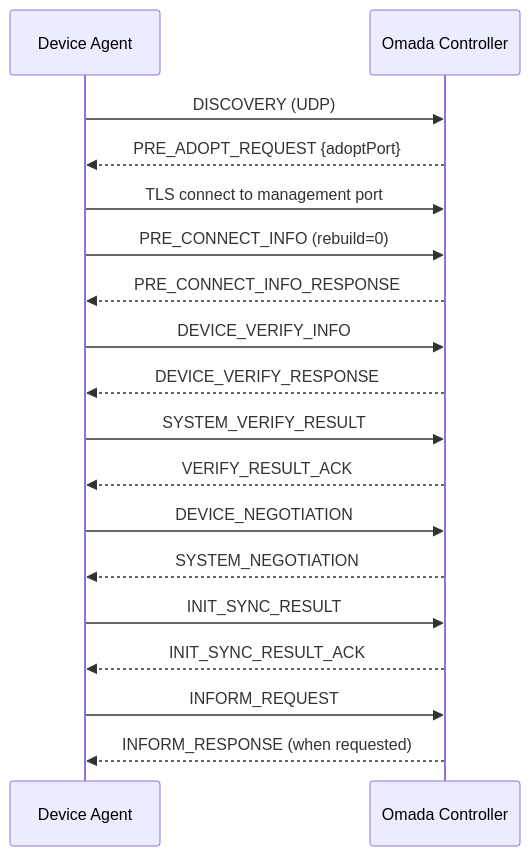
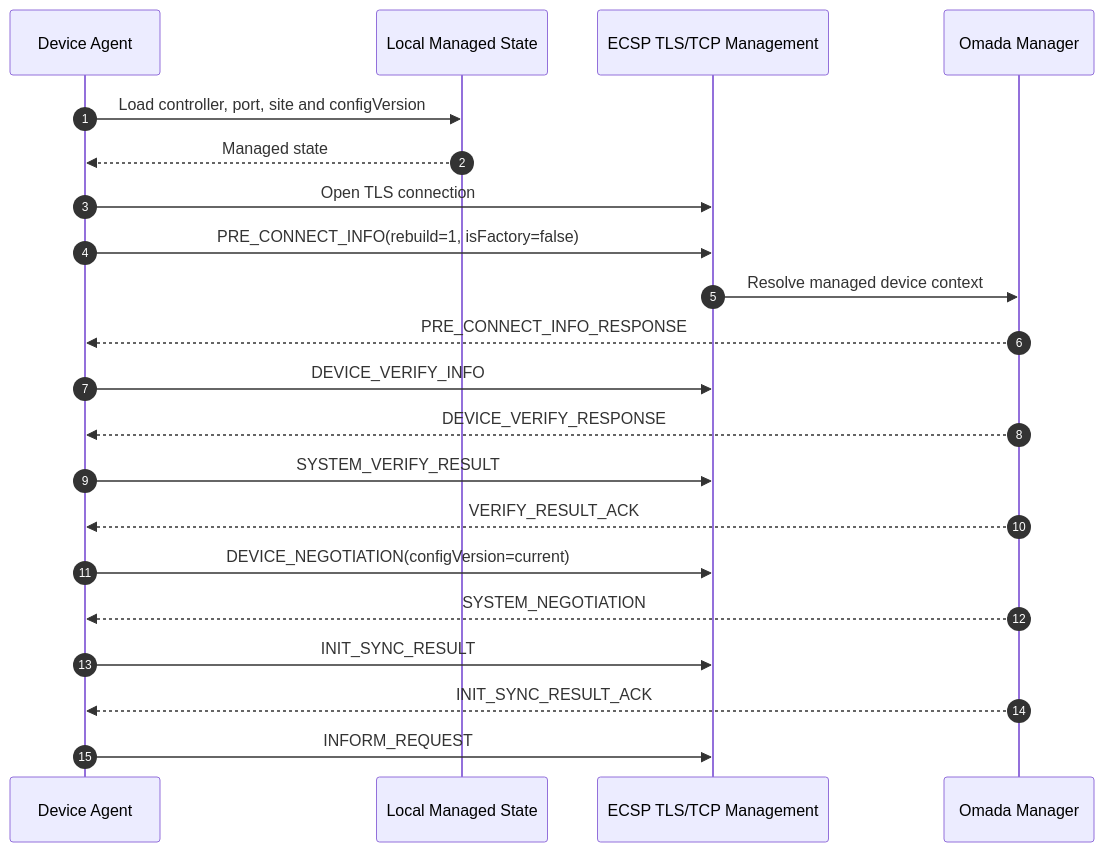
Before and after one commit to adryanalencar/open-omada-device-agent: the fourth of 6 diagrams in docs/device-lifecycle.md, drawn with Mermaid. The commit also changed other lines of this file and 4 other files, not shown here.

Commit message:
Change flowcharts model

````diff
--- a/docs/device-lifecycle.md
+++ b/docs/device-lifecycle.md
@@ -7,21 +178,25 @@
 ```mermaid
 sequenceDiagram
+    autonumber
+
     participant D as Device Agent
-    participant C as Omada Controller
+    participant STATE as Local Managed State
+    participant TCP as ECSP TLS/TCP Management
+    participant MGR as Omada Manager
 
-    D->>C: DISCOVERY (UDP)
-    C-->>D: PRE_ADOPT_REQUEST {adoptPort}
-    D->>C: TLS connect to management port
-    D->>C: PRE_CONNECT_INFO (rebuild=0)
-    C-->>D: PRE_CONNECT_INFO_RESPONSE
-    D->>C: DEVICE_VERIFY_INFO
-    C-->>D: DEVICE_VERIFY_RESPONSE
-    D->>C: SYSTEM_VERIFY_RESULT
-    C-->>D: VERIFY_RESULT_ACK
-    D->>C: DEVICE_NEGOTIATION
-    C-->>D: SYSTEM_NEGOTIATION
-    D->>C: INIT_SYNC_RESULT
-    C-->>D: INIT_SYNC_RESULT_ACK
-    D->>C: INFORM_REQUEST
-    C-->>D: INFORM_RESPONSE (when requested)
+    D->>STATE: Load controller, port, site and configVersion
+    STATE-->>D: Managed state
+    D->>TCP: Open TLS connection
+    D->>TCP: PRE_CONNECT_INFO(rebuild=1, isFactory=false)
+    TCP->>MGR: Resolve managed device context
+    MGR-->>D: PRE_CONNECT_INFO_RESPONSE
+    D->>TCP: DEVICE_VERIFY_INFO
+    MGR-->>D: DEVICE_VERIFY_RESPONSE
+    D->>TCP: SYSTEM_VERIFY_RESULT
+    MGR-->>D: VERIFY_RESULT_ACK
+    D->>TCP: DEVICE_NEGOTIATION(configVersion=current)
+    MGR-->>D: SYSTEM_NEGOTIATION
+    D->>TCP: INIT_SYNC_RESULT
+    MGR-->>D: INIT_SYNC_RESULT_ACK
+    D->>TCP: INFORM_REQUEST
 ```
````
